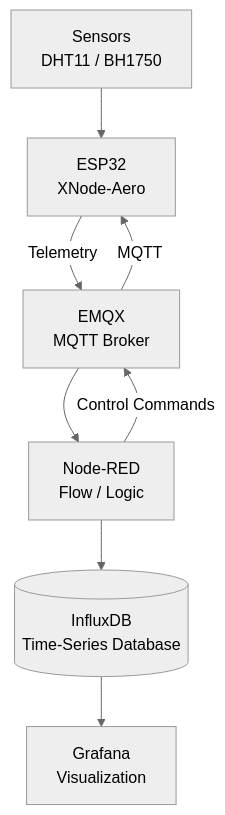
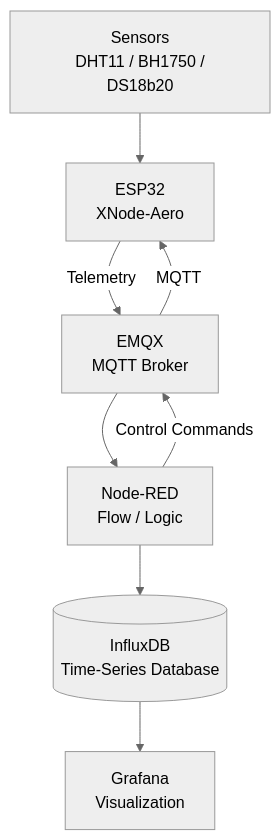
One commit to X-Mind-World/XNode changed the diagram in XNode-Aero/README.md. Above: the diagram before and after it, drawn with Mermaid (neutral theme).

````diff
--- a/XNode-Aero/README.md
+++ b/XNode-Aero/README.md
@@ -20,17 +20,17 @@
 ```mermaid
 flowchart TB
-    A["Sensors<br/>DHT11 / BH1750"]
-    B["ESP32<br/>XNode-Aero"]
-    C["EMQX<br/>MQTT Broker"]
-    D["Node-RED<br/>Flow / Logic"]
-    E[("InfluxDB<br/>Time-Series Database")]
-    F["Grafana<br/>Visualization"]
+    A["Sensors<br/> DHT11 / BH1750 / DS18b20"]
+    B["ESP32<br/> XNode-Aero"]
+    C["EMQX<br/> MQTT Broker"]
+    D["Node-RED<br/> Flow / Logic"]
+    E[("InfluxDB<br/> Time-Series Database")]
+    F["Grafana<br/> Visualization"]
     A --> B
     B -->|"Telemetry"| C
     C --> D
     D --> E
     E --> F
     D -->|"Control Commands"| C
     C -->|"MQTT"| B
     %% mermaid-flow:pos A=153,90 B=153,200 C=153,310 D=153,420 E=153,530 F=153,640
 ```
````
